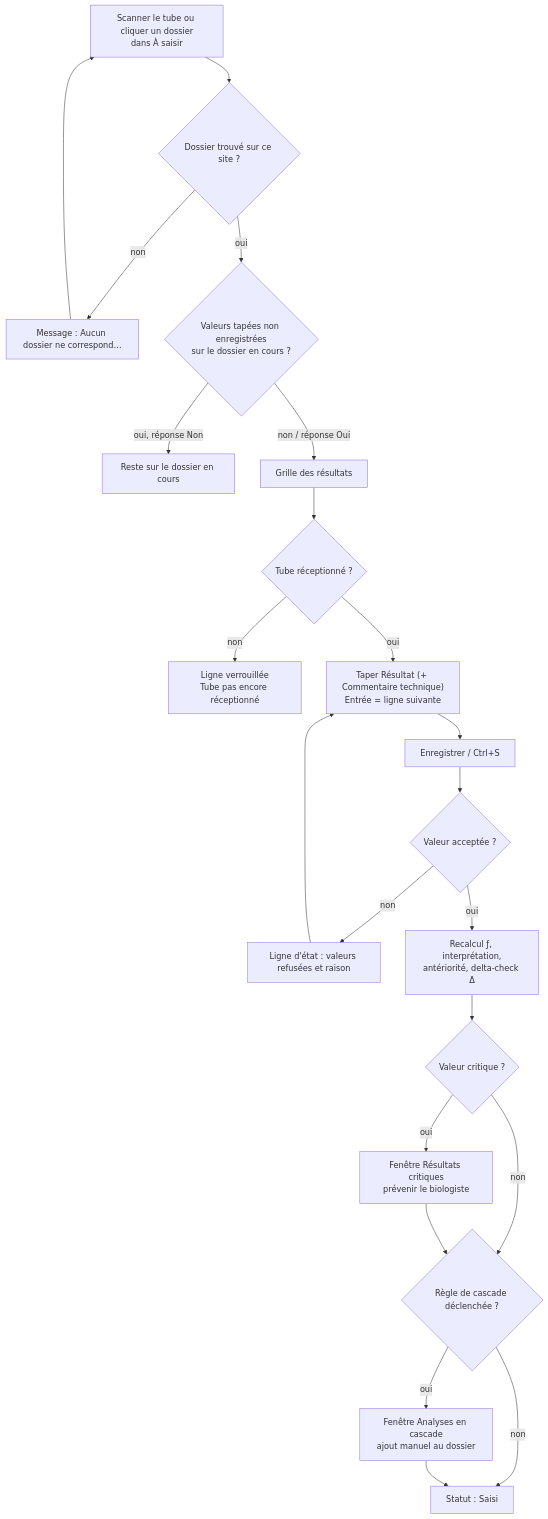
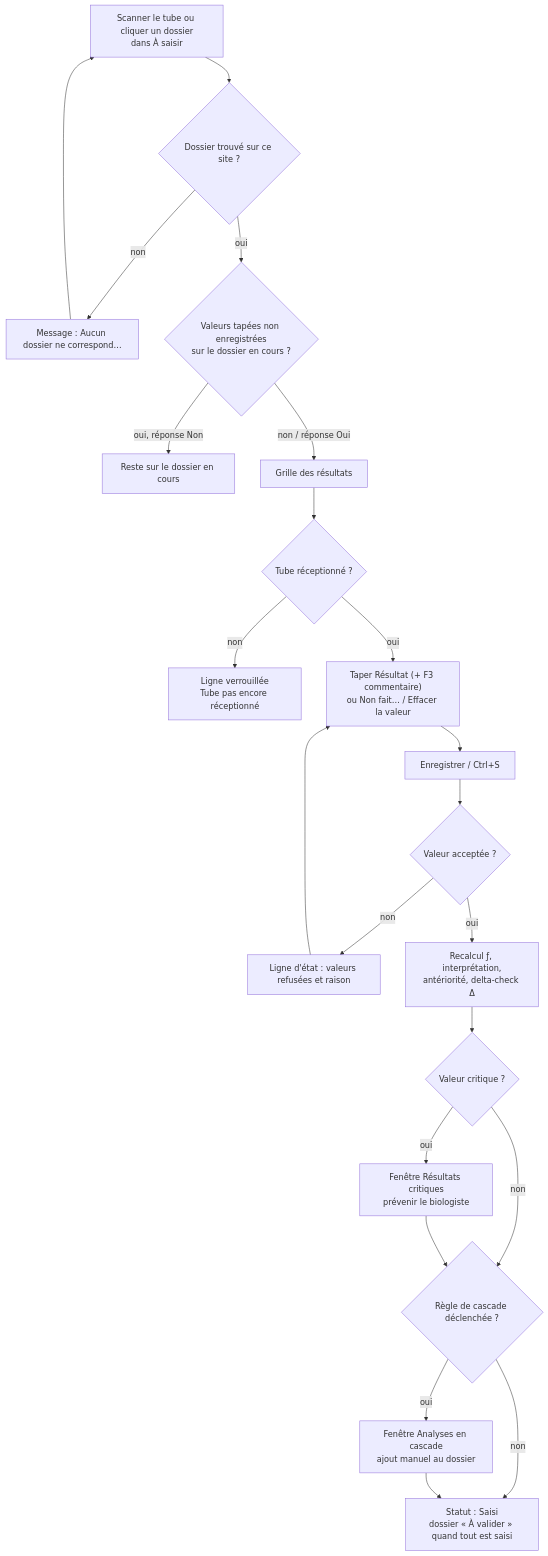
Before and after one commit to J4dJad/MarocLis: the second of 10 diagrams in docs/manuel/03-analytique-comptes-rendus.md, drawn with Mermaid. The commit also changed other lines of this file and 3 other files, not shown here.

````diff
--- a/docs/manuel/03-analytique-comptes-rendus.md
+++ b/docs/manuel/03-analytique-comptes-rendus.md
@@ -160,22 +223,22 @@
 ```mermaid
 flowchart TD
     A["Scanner le tube ou cliquer un dossier<br/>dans À saisir"] --> B{"Dossier trouvé sur ce site ?"}
     B -- "non" --> B1["Message : Aucun dossier ne correspond…"] --> A
     B -- "oui" --> C{"Valeurs tapées non enregistrées<br/>sur le dossier en cours ?"}
     C -- "oui, réponse Non" --> C1["Reste sur le dossier en cours"]
     C -- "non / réponse Oui" --> D["Grille des résultats"]
     D --> E{"Tube réceptionné ?"}
     E -- "non" --> E1["Ligne verrouillée<br/>Tube pas encore réceptionné"]
-    E -- "oui" --> F["Taper Résultat (+ Commentaire technique)<br/>Entrée = ligne suivante"]
+    E -- "oui" --> F["Taper Résultat (+ F3 commentaire)<br/>ou Non fait… / Effacer la valeur"]
     F --> G["Enregistrer / Ctrl+S"]
     G --> H{"Valeur acceptée ?"}
     H -- "non" --> H1["Ligne d'état : valeurs refusées et raison"] --> F
     H -- "oui" --> I["Recalcul ƒ, interprétation,<br/>antériorité, delta-check Δ"]
     I --> J{"Valeur critique ?"}
     J -- "oui" --> J1["Fenêtre Résultats critiques<br/>prévenir le biologiste"]
     J -- "non" --> K{"Règle de cascade déclenchée ?"}
     J1 --> K
     K -- "oui" --> K1["Fenêtre Analyses en cascade<br/>ajout manuel au dossier"]
-    K -- "non" --> L["Statut : Saisi"]
+    K -- "non" --> L["Statut : Saisi<br/>dossier « À valider » quand tout est saisi"]
     K1 --> L
 ```
````
